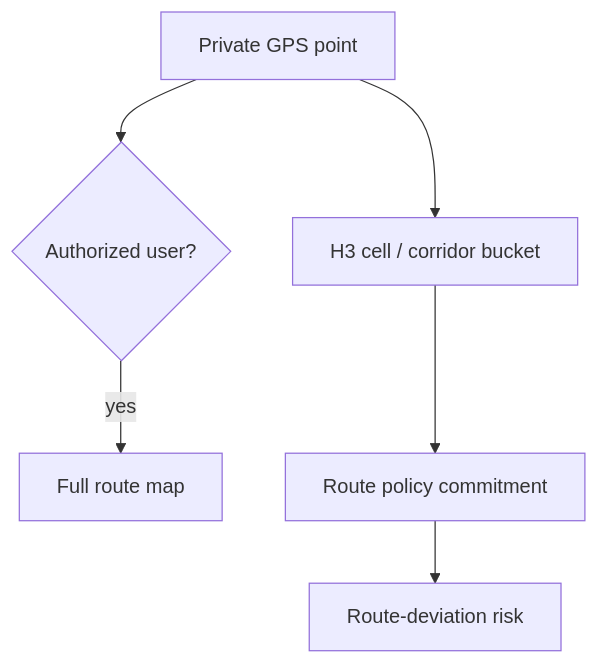
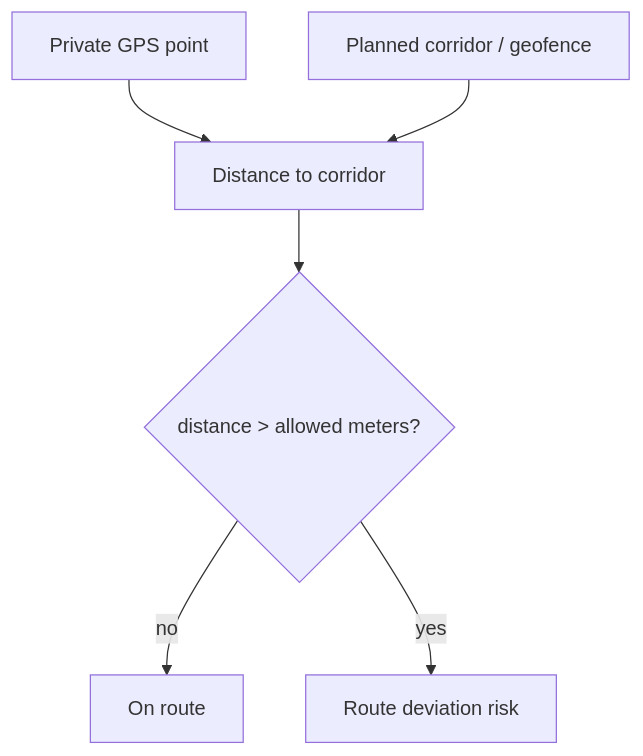
The third of 9 diagrams in docs/algorithms.md (roshaninfordham/monad-sentinel), drawn with Mermaid before and after one commit. The commit also changed other lines of this file and 22 other files, not shown here.

Commit message:
docs: refresh architecture docs and screenshots

````diff
--- a/docs/algorithms.md
+++ b/docs/algorithms.md
@@ -82,8 +95,15 @@
 ```mermaid
 flowchart TB
-  GPS[Private GPS point] --> Authorized{Authorized user?}
-  Authorized -->|yes| Map[Full route map]
-  GPS --> H3[H3 cell / corridor bucket]
-  H3 --> Policy[Route policy commitment]
-  Policy --> Risk[Route-deviation risk]
+  Point[Private GPS point]
+  Planned[Planned corridor / geofence]
+  Distance[Distance to corridor]
+  Threshold{distance > allowed meters?}
+  Normal[On route]
+  Deviation[Route deviation risk]
+
+  Point --> Distance
+  Planned --> Distance
+  Distance --> Threshold
+  Threshold -->|no| Normal
+  Threshold -->|yes| Deviation
 ```
````
